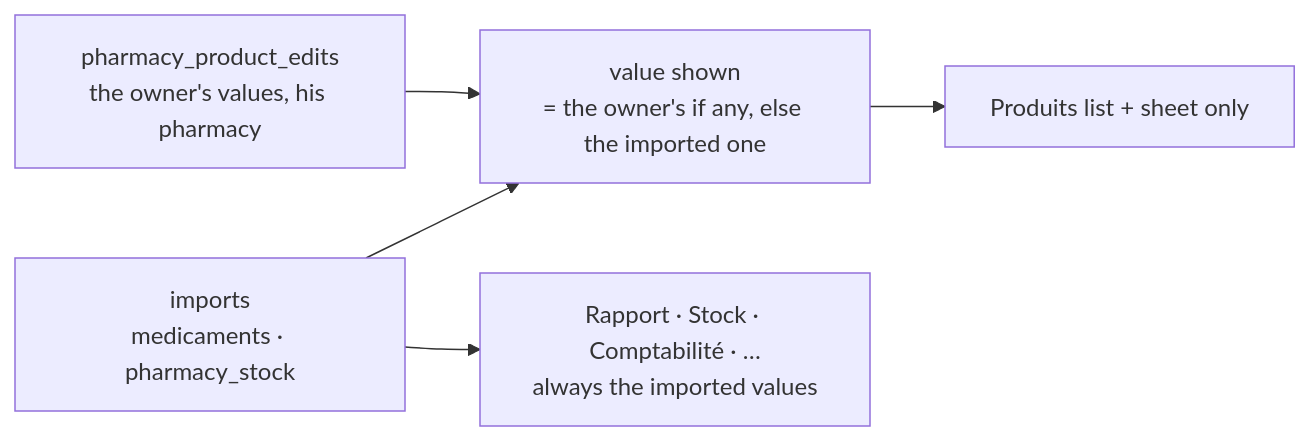
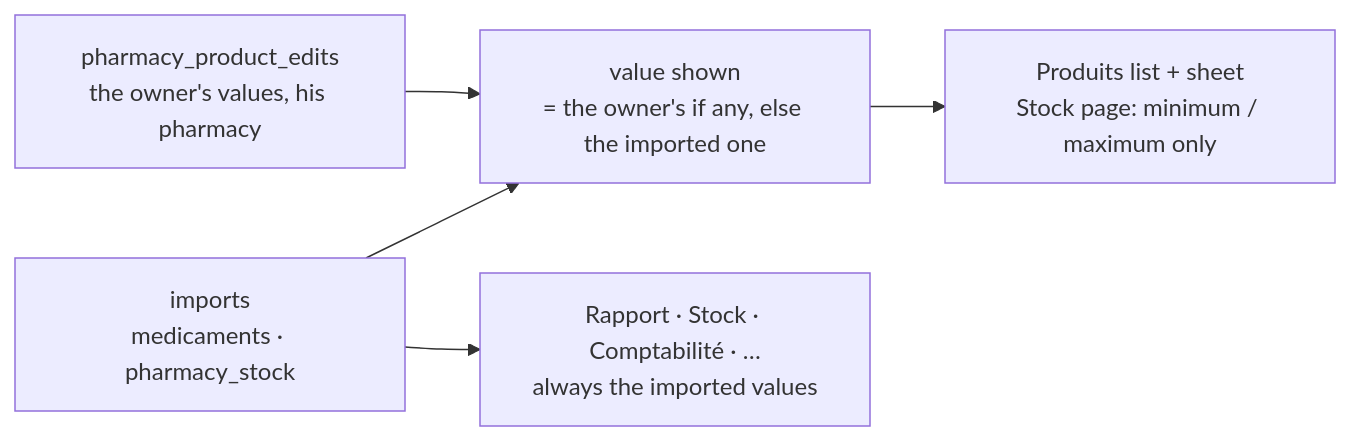
Diagram 15 of 18 in README.md (ura-computing/ura-posix), drawn with Mermaid before and after one commit. The commit also changed other lines of this file and 46 other files, not shown here.

First line of the commit message:
feat(stock): search on the Stock page, owner's min / max on it; STOCK box like the mock-up; E2E for the Sobrus tickets

````diff
--- a/README.md
+++ b/README.md
@@ -613,7 +614,7 @@
 ```mermaid
 flowchart LR
   I["imports<br/>medicaments · pharmacy_stock"] --> S["value shown<br/>= the owner's if any, else the imported one"]
   E["pharmacy_product_edits<br/>the owner's values, his pharmacy"] --> S
-  S --> P["Produits list + sheet only"]
+  S --> P["Produits list + sheet<br/>Stock page: minimum / maximum only"]
   I --> O["Rapport · Stock · Comptabilité · …<br/>always the imported values"]
 ```
````
